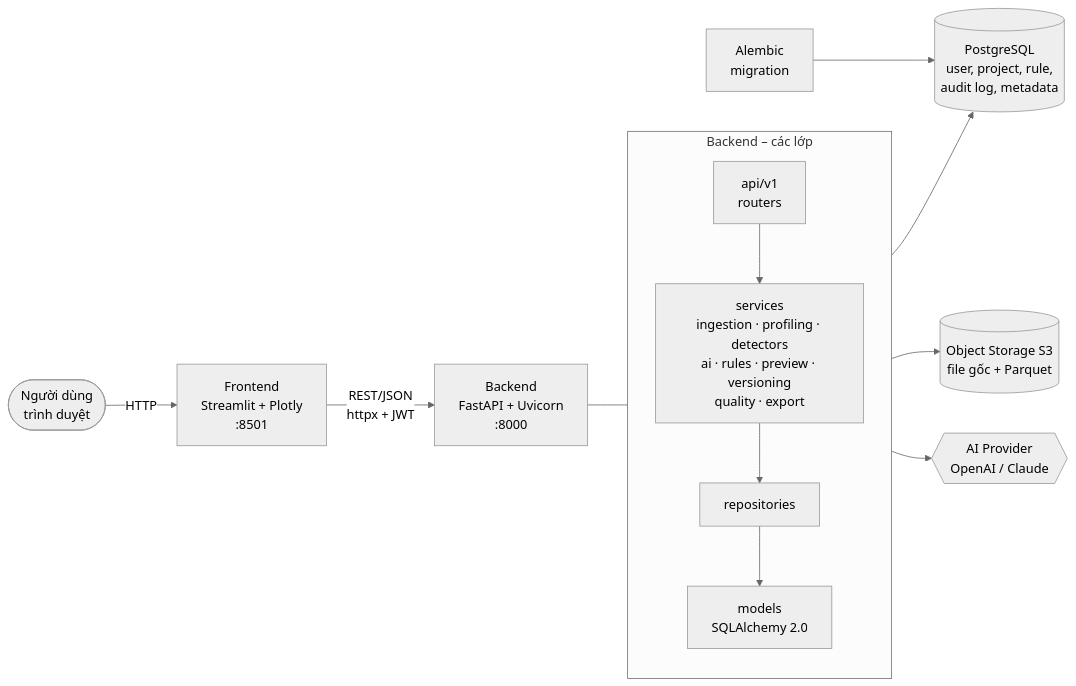
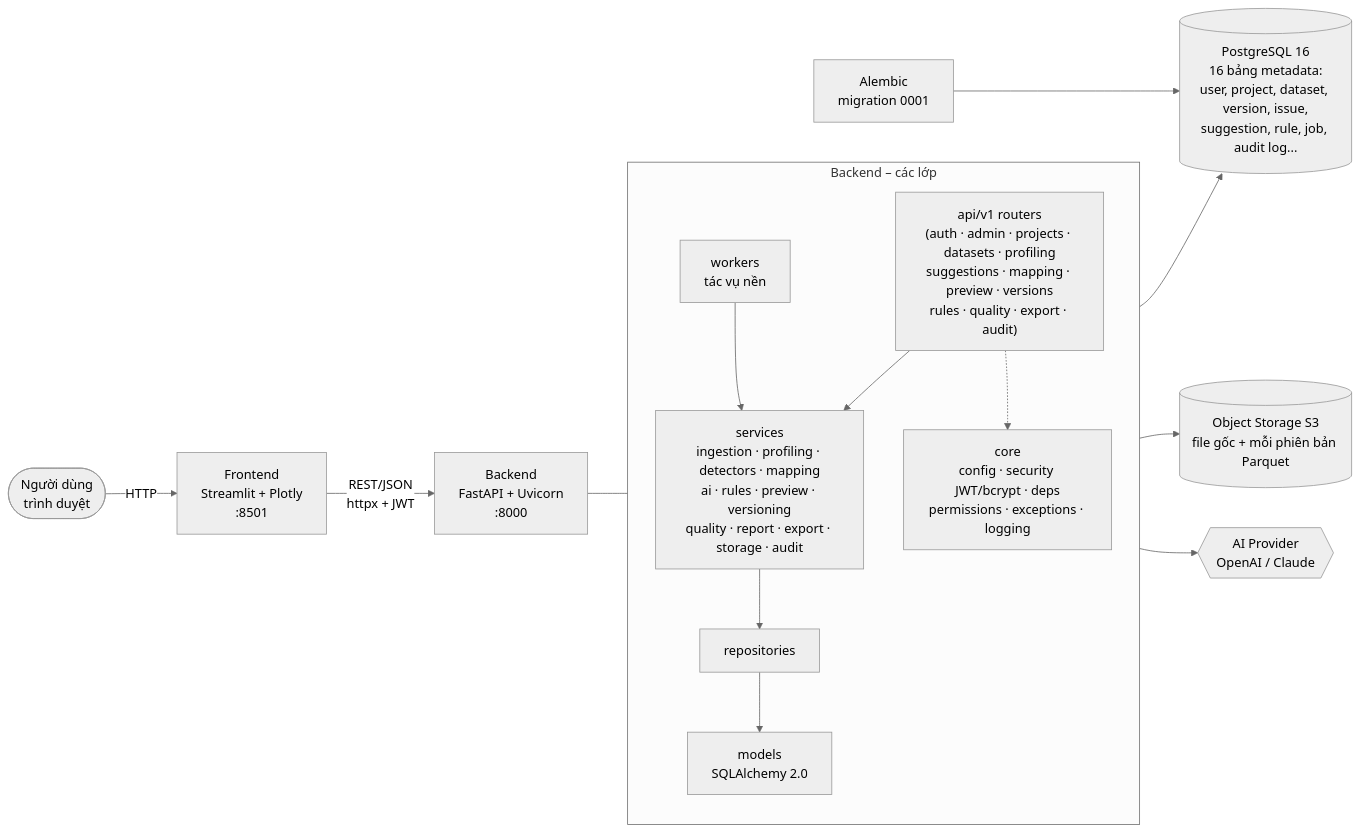
The first of 15 diagrams in data-cleaning-platform/docs/flow-diagram.md (2431540234-arch/clean-data), drawn with Mermaid (neutral theme) before and after one commit. The commit also changed other lines of this file and 6 other files, not shown here.

````diff
--- a/data-cleaning-platform/docs/flow-diagram.md
+++ b/data-cleaning-platform/docs/flow-diagram.md
@@ -15,18 +19,26 @@
 ```mermaid
 flowchart LR
     U([Người dùng<br/>trình duyệt]) -->|HTTP| FE[Frontend<br/>Streamlit + Plotly<br/>:8501]
     FE -->|REST/JSON<br/>httpx + JWT| BE[Backend<br/>FastAPI + Uvicorn<br/>:8000]
 
     subgraph BE_INNER [Backend – các lớp]
         direction TB
-        API[api/v1<br/>routers] --> SVC[services<br/>ingestion · profiling · detectors<br/>ai · rules · preview · versioning<br/>quality · export]
-        SVC --> REPO[repositories]
-        REPO --> MODEL[models<br/>SQLAlchemy 2.0]
+        API["api/v1 routers<br/>(auth · admin · projects · datasets · profiling<br/>suggestions · mapping · preview · versions<br/>rules · quality · export · audit)"]
+        CORE["core<br/>config · security JWT/bcrypt · deps<br/>permissions · exceptions · logging"]
+        SVC["services<br/>ingestion · profiling · detectors · mapping<br/>ai · rules · preview · versioning<br/>quality · report · export · storage · audit"]
+        WK[workers<br/>tác vụ nền]
+        REPO[repositories]
+        MODEL["models<br/>SQLAlchemy 2.0"]
+        API --> SVC
+        API -.-> CORE
+        SVC --> REPO
+        WK --> SVC
+        REPO --> MODEL
     end
     BE --- API
 
-    MODEL --> PG[(PostgreSQL<br/>user, project, rule,<br/>audit log, metadata)]
-    SVC --> ST[(Object Storage S3<br/>file gốc + Parquet)]
+    MODEL --> PG[("PostgreSQL 16<br/>16 bảng metadata:<br/>user, project, dataset, version, issue,<br/>suggestion, rule, job, audit log...")]
+    SVC --> ST[("Object Storage S3<br/>file gốc + mỗi phiên bản Parquet")]
     SVC --> AI{{AI Provider<br/>OpenAI / Claude}}
-    ALB[Alembic<br/>migration] --> PG
+    ALB[Alembic<br/>migration 0001] --> PG
 ```
````
